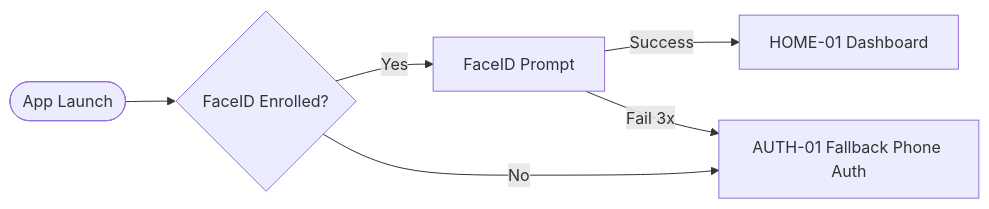
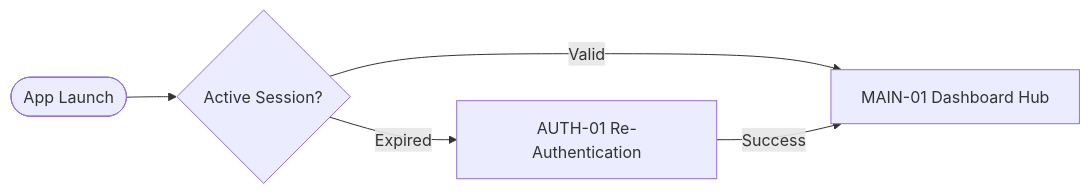
One commit to rik9922/Figma changed the second of 4 diagrams in projects/PROJECT_TEMPLATE/architecture/USER_FLOWS.md. Above: the diagram before and after it, drawn with Mermaid. The commit also changed other lines of this file and 94 other files, not shown here.

````diff
--- a/projects/PROJECT_TEMPLATE/architecture/USER_FLOWS.md
+++ b/projects/PROJECT_TEMPLATE/architecture/USER_FLOWS.md
@@ -22,8 +22,7 @@
 ```mermaid
 flowchart LR
-    LaunchReturn([App Launch]) --> QuickBio{FaceID Enrolled?}
-    QuickBio -->|Yes| ScanFace[FaceID Prompt]
-    ScanFace -->|Success| HOME01["HOME-01 Dashboard"]
-    ScanFace -->|Fail 3x| AUTH01["AUTH-01 Fallback Phone Auth"]
-    QuickBio -->|No| AUTH01
+    LaunchReturn([App Launch]) --> SessionCheck{Active Session?}
+    SessionCheck -->|Valid| MAIN01["MAIN-01 Dashboard Hub"]
+    SessionCheck -->|Expired| AUTH01["AUTH-01 Re-Authentication"]
+    AUTH01 -->|Success| MAIN01
 ```
````
